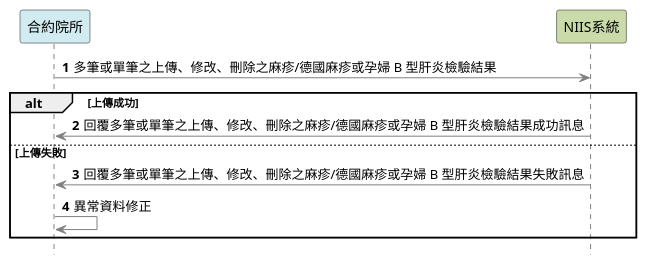
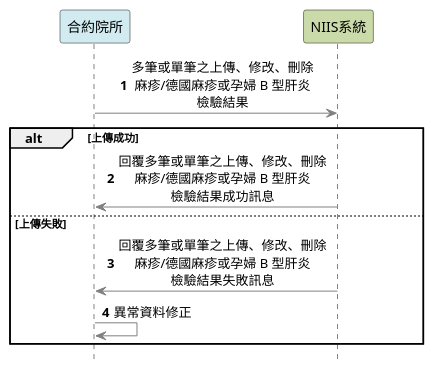
The diagram in input/images-source/index-niis.plantuml (hyweb-cdc/niis), drawn with PlantUML before and after one commit. The commit also changed 1 other file, not shown here.

```diff
--- a/input/images-source/index-niis.plantuml
+++ b/input/images-source/index-niis.plantuml
@@ -1,22 +1,24 @@
 @startuml
 autonumber
 
 skinparam sequence {
 ArrowColor gray
 ActorBorderColor gray
 LifeLineBorderColor black
+ParticipantPadding 40
+MessageAlign center
 }
 skinparam shadowing false
 hide footbox
 
 participant 合約院所 #d1ebf1
 participant NIIS系統  #cadaa9
-合約院所 -> NIIS系統: 多筆或單筆之上傳、修改、刪除之麻疹/德國麻疹或孕婦 B 型肝炎檢驗結果
+合約院所 -> NIIS系統: 多筆或單筆之上傳、修改、刪除\n麻疹/德國麻疹或孕婦 B 型肝炎\n檢驗結果
 
 alt 上傳成功
-    NIIS系統 -> 合約院所: 回覆多筆或單筆之上傳、修改、刪除之麻疹/德國麻疹或孕婦 B 型肝炎檢驗結果成功訊息
+    NIIS系統 -> 合約院所: 回覆多筆或單筆之上傳、修改、刪除\n麻疹/德國麻疹或孕婦 B 型肝炎\n檢驗結果成功訊息
 else 上傳失敗
-    NIIS系統 -> 合約院所:  回覆多筆或單筆之上傳、修改、刪除之麻疹/德國麻疹或孕婦 B 型肝炎檢驗結果失敗訊息
+    NIIS系統 -> 合約院所: 回覆多筆或單筆之上傳、修改、刪除\n麻疹/德國麻疹或孕婦 B 型肝炎\n檢驗結果失敗訊息
     合約院所 -> 合約院所: 異常資料修正
 end
 @enduml
```
